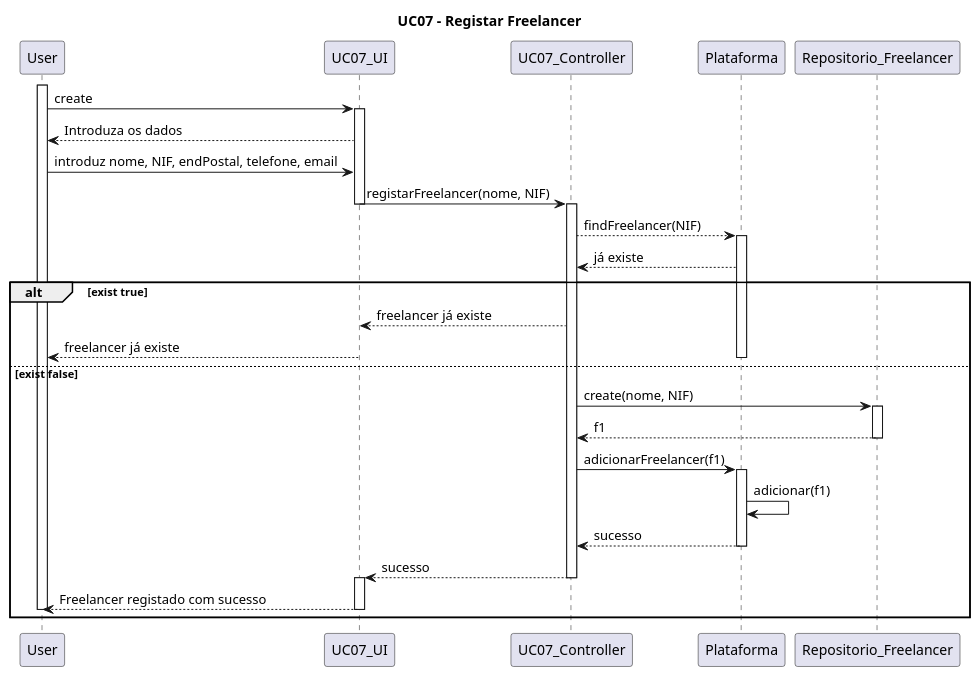
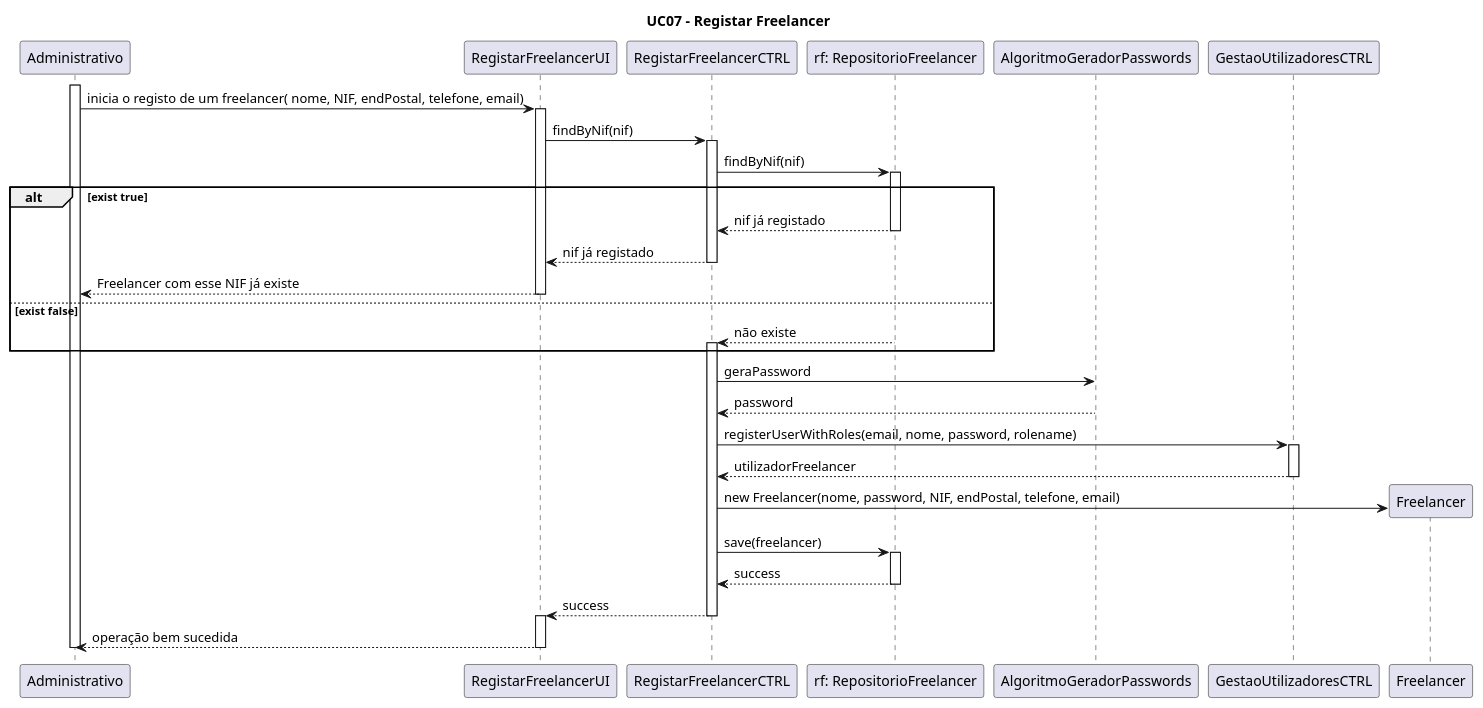
Before and after one commit to blestonbandeiraUPSKILL/upskill_java1_labprg_grupo2: the diagram in Documentação/Sprint 3/UC07_Registar_Freelancer/UC07_Registar_Freelancer_Diagrama_Sequencia.puml, drawn with PlantUML. The commit also changed 7 other files, not shown here.

```diff
--- a/Documentação/Sprint 3/UC07_Registar_Freelancer/UC07_Registar_Freelancer_Diagrama_Sequencia.puml
+++ b/Documentação/Sprint 3/UC07_Registar_Freelancer/UC07_Registar_Freelancer_Diagrama_Sequencia.puml
@@ -1,35 +1,55 @@
 @startuml
+
 title UC07 - Registar Freelancer
-activate User
-User->UC07_UI:create
-activate UC07_UI
-UC07_UI-->User:Introduza os dados
-User->UC07_UI:introduz nome, NIF, endPostal, telefone, email
-UC07_UI->UC07_Controller:registarFreelancer(nome, NIF)
-deactivate UC07_UI
-activate UC07_Controller
-UC07_Controller-->Plataforma:findFreelancer(NIF)
-activate Plataforma
-Plataforma-->UC07_Controller: já existe
+
+participant "Administrativo" as Administrativo
+participant "RegistarFreelancerUI" as RegistarFreelancerUI
+participant "RegistarFreelancerCTRL" as RegistarFreelancerCTRL
+participant "rf: RepositorioFreelancer" as RepositorioFreelancer
+
+
+activate Administrativo
+Administrativo -> RegistarFreelancerUI : inicia o registo de um freelancer( nome, NIF, endPostal, telefone, email)
+activate RegistarFreelancerUI
+RegistarFreelancerUI -> RegistarFreelancerCTRL: findByNif(nif)
+activate RegistarFreelancerCTRL
+RegistarFreelancerCTRL -> RepositorioFreelancer: findByNif(nif)
+activate RepositorioFreelancer
 alt exist true
-UC07_Controller--> UC07_UI: freelancer já existe
-UC07_UI -->User: freelancer já existe
+    RepositorioFreelancer --> RegistarFreelancerCTRL: nif já registado
+    deactivate RepositorioFreelancer
+    RegistarFreelancerCTRL --> RegistarFreelancerUI: nif já registado
+    deactivate RegistarFreelancerCTRL
+    RegistarFreelancerUI --> Administrativo: Freelancer com esse NIF já existe
+    deactivate RegistarFreelancerUI
+
 else exist false
-deactivate Plataforma
-UC07_Controller->Repositorio_Freelancer: create(nome, NIF)
-activate Repositorio_Freelancer
-Repositorio_Freelancer-->UC07_Controller:f1
-deactivate Repositorio_Freelancer
-UC07_Controller ->Plataforma:adicionarFreelancer(f1)
-activate Plataforma
-Plataforma->Plataforma:adicionar(f1)
-Plataforma-->UC07_Controller:sucesso
-deactivate Plataforma
-UC07_Controller -->UC07_UI:sucesso
-deactivate UC07_Controller
-activate UC07_UI
-UC07_UI-->User:Freelancer registado com sucesso
-deactivate UC07_UI
-deactivate User
+    RepositorioFreelancer --> RegistarFreelancerCTRL: não existe
+    activate RegistarFreelancerCTRL
+    
 end
+
+RegistarFreelancerCTRL -> AlgoritmoGeradorPasswords: geraPassword
+AlgoritmoGeradorPasswords --> RegistarFreelancerCTRL: password 
+
+RegistarFreelancerCTRL -> GestaoUtilizadoresCTRL: registerUserWithRoles(email, nome, password, rolename)
+activate GestaoUtilizadoresCTRL
+GestaoUtilizadoresCTRL --> RegistarFreelancerCTRL: utilizadorFreelancer
+deactivate GestaoUtilizadoresCTRL
+create Freelancer
+RegistarFreelancerCTRL -> Freelancer: new Freelancer(nome, password, NIF, endPostal, telefone, email)
+RegistarFreelancerCTRL -> RepositorioFreelancer: save(freelancer)
+activate RepositorioFreelancer
+RepositorioFreelancer --> RegistarFreelancerCTRL: success
+deactivate RepositorioFreelancer
+RegistarFreelancerCTRL --> RegistarFreelancerUI: success
+deactivate RegistarFreelancerCTRL
+activate RegistarFreelancerUI
+RegistarFreelancerUI --> Administrativo: operação bem sucedida
+deactivate RegistarFreelancerUI
+deactivate Administrativo
+
+
+
+
 @enduml
```
